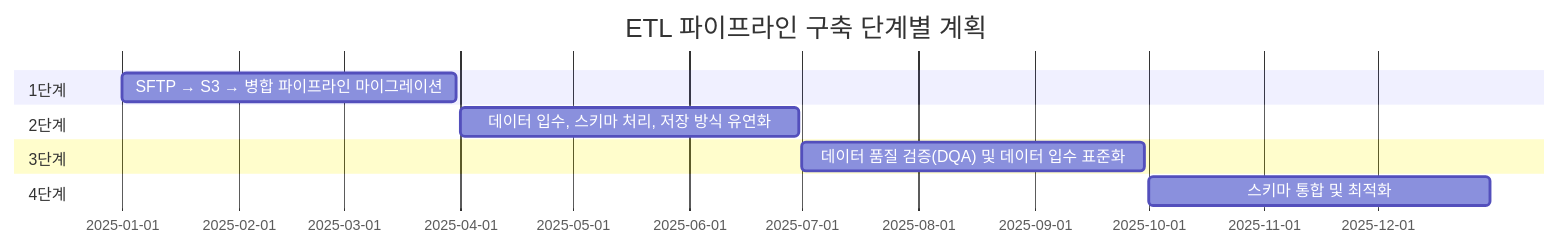
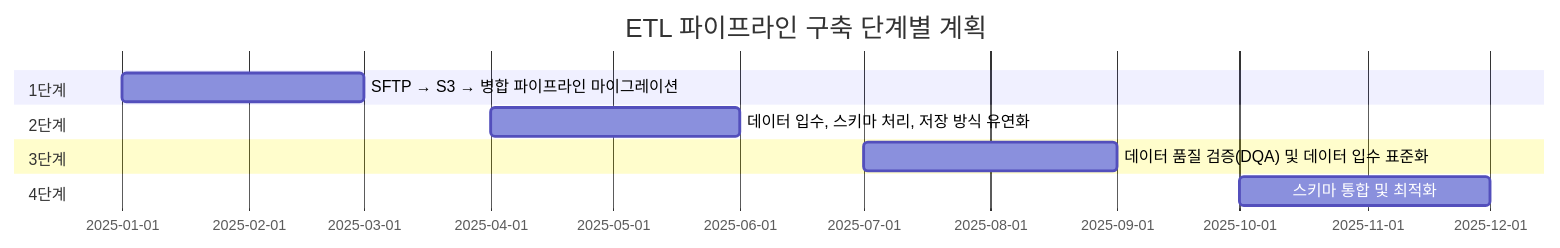
Before and after one commit to yeokyeong-yoon/yeokyeong-yoon.github.io: the first of 11 diagrams in _posts/2025-03-18-etl-pipeline.md, drawn with Mermaid. The commit also changed other lines of this file, not shown here.

````diff
--- a/_posts/2025-03-18-etl-pipeline.md
+++ b/_posts/2025-03-18-etl-pipeline.md
@@ -75,13 +80,13 @@
 ```mermaid
 gantt
     title ETL 파이프라인 구축 단계별 계획
-    dateFormat  YYYY-MM-DD
+    dateFormat  YY-MM
     section 1단계
-    SFTP → S3 → 병합 파이프라인 마이그레이션    :2025-01-01, 2025-03-31
+    SFTP → S3 → 병합 파이프라인 마이그레이션    :25-01, 25-03
     section 2단계
-    데이터 입수, 스키마 처리, 저장 방식 유연화    :2025-04-01, 2025-06-30
+    데이터 입수, 스키마 처리, 저장 방식 유연화    :25-04, 25-06
     section 3단계
-    데이터 품질 검증(DQA) 및 데이터 입수 표준화    :2025-07-01, 2025-09-30
+    데이터 품질 검증(DQA) 및 데이터 입수 표준화    :25-07, 25-09
     section 4단계
-    스키마 통합 및 최적화    :2025-10-01, 2025-12-31
+    스키마 통합 및 최적화    :25-10, 25-12
 ```
````
